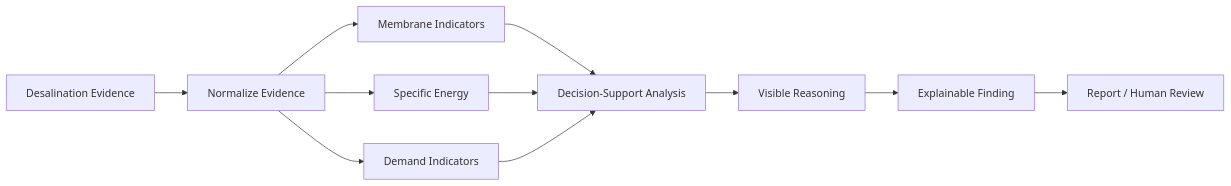
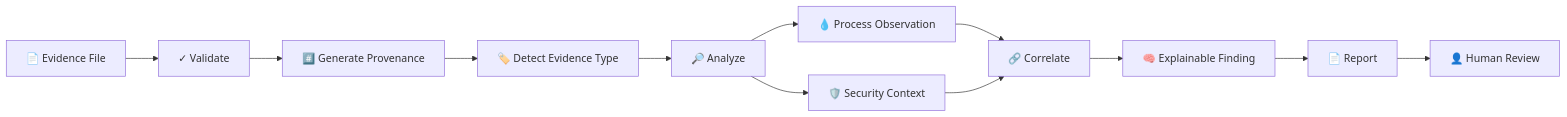
One commit to HaziqBinAfzal/AquaVigil changed the sixth of 10 diagrams in README.md. Above: the diagram before and after it, drawn with Mermaid. The commit also changed other lines of this file, not shown here.

````diff
--- a/README.md
+++ b/README.md
@@ -319,16 +500,15 @@
 ```mermaid
 flowchart LR
-    A["Desalination Evidence"] --> B["Normalize Evidence"]
-
-    B --> C["Membrane Indicators"]
-    B --> D["Specific Energy"]
-    B --> E["Demand Indicators"]
-
-    C --> F["Decision-Support Analysis"]
-    D --> F
-    E --> F
-
-    F --> G["Visible Reasoning"]
-    G --> H["Explainable Finding"]
-    H --> I["Report / Human Review"]
+    FILE["📄 Evidence File"]
+    FILE --> VAL["✓ Validate"]
+    VAL --> HASH["#️⃣ Generate Provenance"]
+    HASH --> TYPE["🏷️ Detect Evidence Type"]
+    TYPE --> ANALYZE["🔎 Analyze"]
+    ANALYZE --> PROC["💧 Process Observation"]
+    ANALYZE --> SEC["🛡️ Security Context"]
+    PROC --> COR["🔗 Correlate"]
+    SEC --> COR
+    COR --> FIND["🧠 Explainable Finding"]
+    FIND --> REPORT["📄 Report"]
+    REPORT --> HUMAN["👤 Human Review"]
 ```
````
